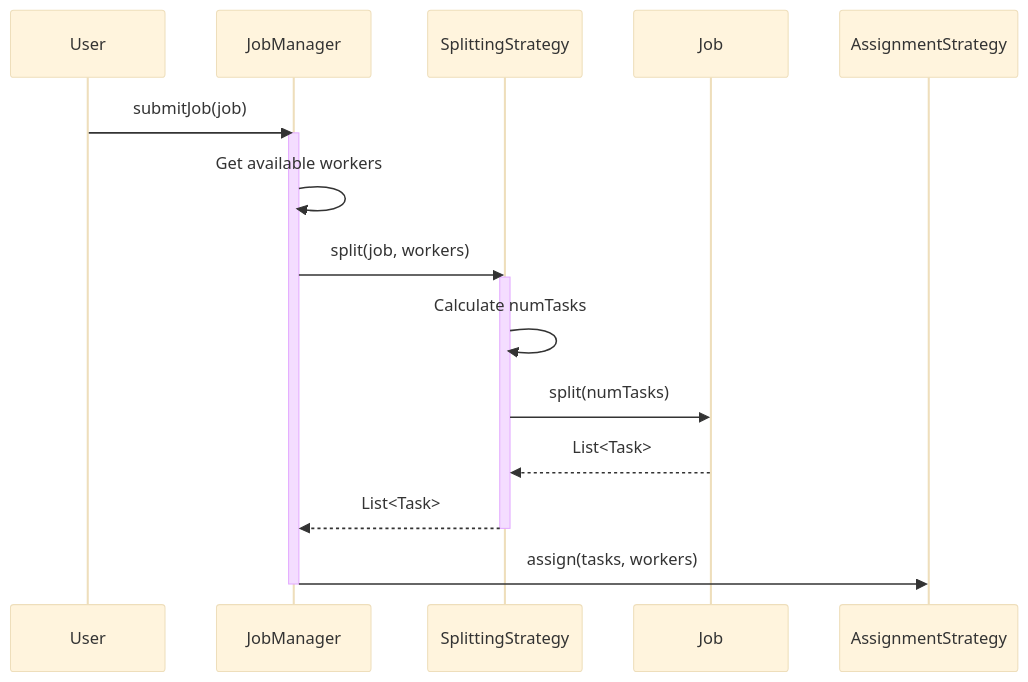
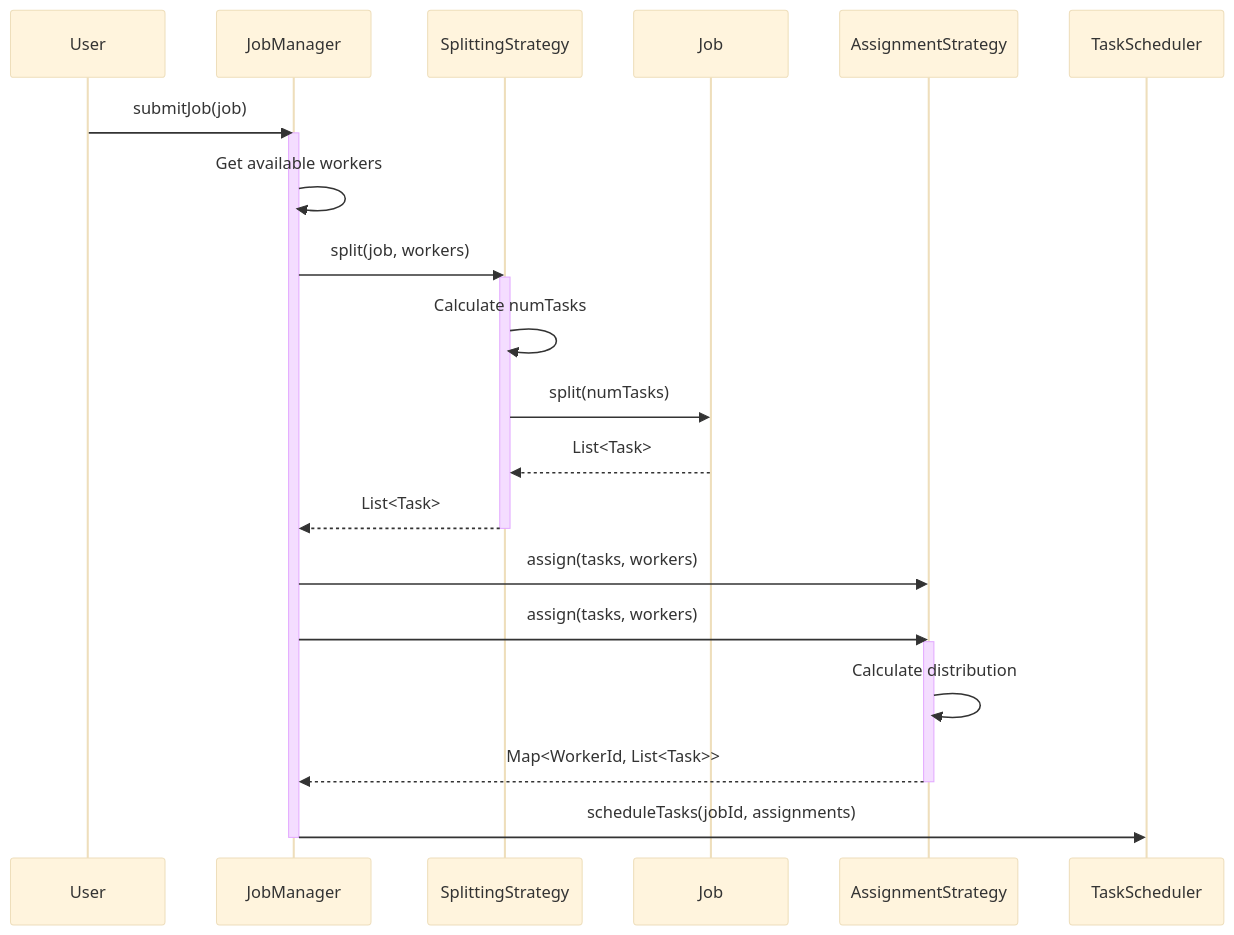
One commit to lucadileo9/hecaton changed the second of 3 diagrams in docs/components/task-framework/splitting-strategies.md. Above: the diagram before and after it, drawn with Mermaid (base theme).

Commit message:
doc: extend mermaid sequence diagram

````diff
--- a/docs/components/task-framework/splitting-strategies.md
+++ b/docs/components/task-framework/splitting-strategies.md
@@ -59,21 +59,29 @@
 ```mermaid
 sequenceDiagram
     participant User
     participant JobManager
     participant SplittingStrategy
     participant Job
     participant AssignmentStrategy
     
     User->>JobManager: submitJob(job)
     activate JobManager
     JobManager->>JobManager: Get available workers
     JobManager->>SplittingStrategy: split(job, workers)
     activate SplittingStrategy
     SplittingStrategy->>SplittingStrategy: Calculate numTasks
     SplittingStrategy->>Job: split(numTasks)
     Job-->>SplittingStrategy: List<Task>
     SplittingStrategy-->>JobManager: List<Task>
     deactivate SplittingStrategy
     JobManager->>AssignmentStrategy: assign(tasks, workers)
+    JobManager->>AssignmentStrategy: assign(tasks, workers)
+    activate AssignmentStrategy
+    AssignmentStrategy->>AssignmentStrategy: Calculate distribution
+    AssignmentStrategy-->>JobManager: Map<WorkerId, List<Task>>
+    deactivate AssignmentStrategy
+    
+    JobManager->>TaskScheduler: scheduleTasks(jobId, assignments)
+
     deactivate JobManager
 ```
````
